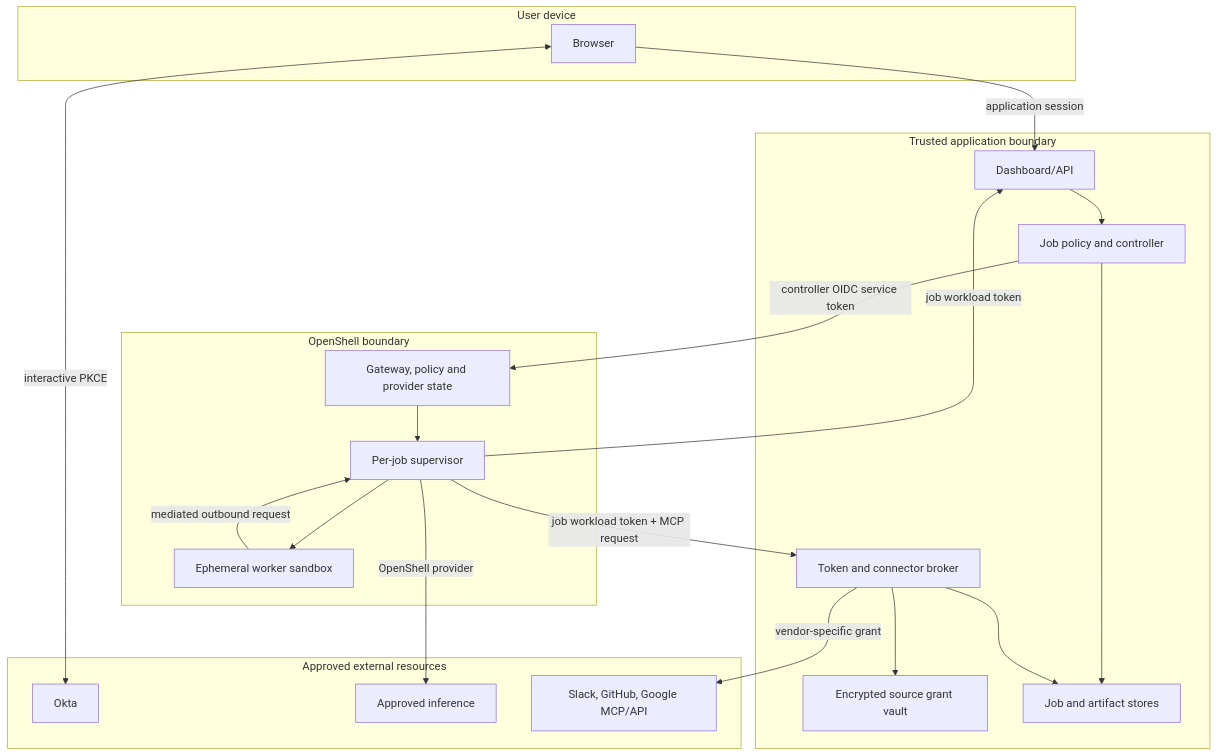
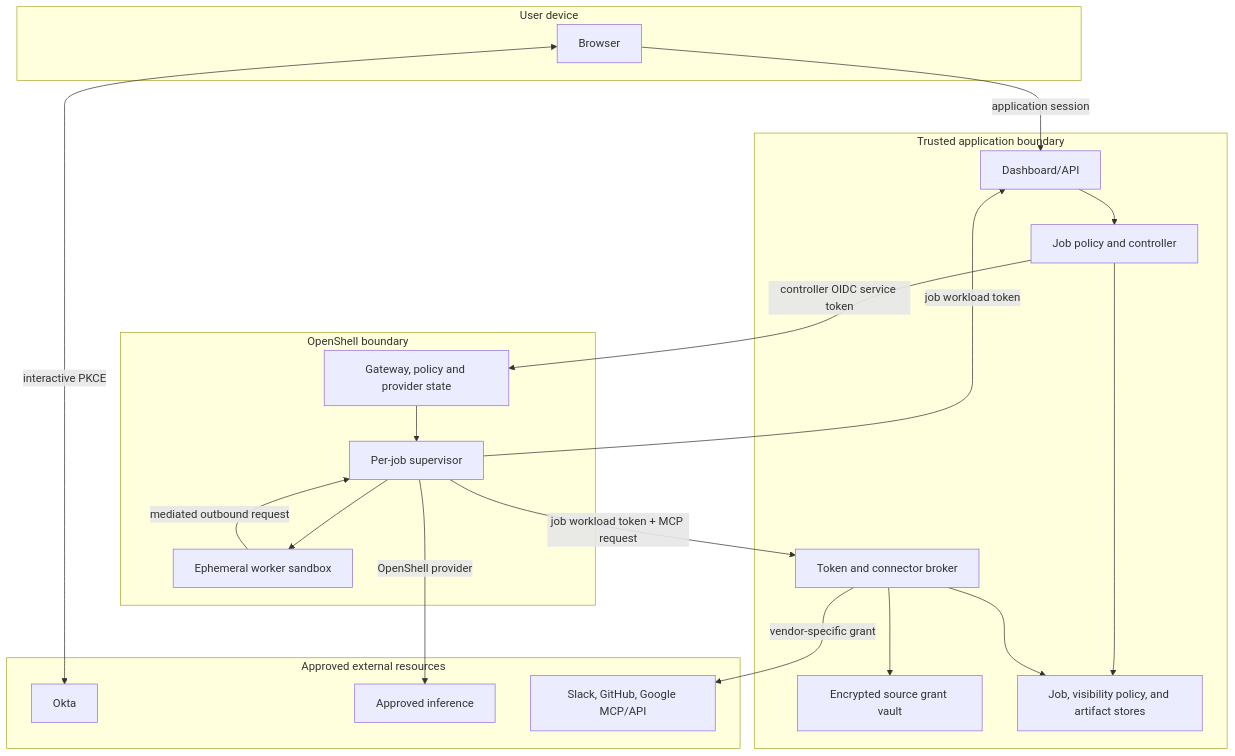
Before and after one commit to gvaibhav/openshell-deep-research-platform: the second of 11 diagrams in docs/architecture.md, drawn with Mermaid. The commit also changed other lines of this file and 41 other files, not shown here.

````diff
--- a/docs/architecture.md
+++ b/docs/architecture.md
@@ -70,38 +71,38 @@
 ```mermaid
 flowchart TB
     subgraph Z1["User device"]
         BR["Browser"]
     end
     subgraph Z2["Trusted application boundary"]
         UI["Dashboard/API"]
         JP["Job policy and controller"]
         TB["Token and connector broker"]
         VA["Encrypted source grant vault"]
-        DB["Job and artifact stores"]
+        DB["Job, visibility policy, and artifact stores"]
     end
     subgraph Z3["OpenShell boundary"]
         GW["Gateway, policy and provider state"]
         SP["Per-job supervisor"]
         SB["Ephemeral worker sandbox"]
     end
     subgraph Z4["Approved external resources"]
         IDP["Okta"]
         MODEL["Approved inference"]
         VENDOR["Slack, GitHub, Google MCP/API"]
     end
 
     BR <-->|"interactive PKCE"| IDP
     BR -->|"application session"| UI
     UI --> JP
     JP --> DB
     JP -->|"controller OIDC service token"| GW
     GW --> SP
     SP --> SB
     SB -->|"mediated outbound request"| SP
     SP -->|"job workload token"| UI
     SP -->|"job workload token + MCP request"| TB
     SP -->|"OpenShell provider"| MODEL
     TB --> VA
     TB -->|"vendor-specific grant"| VENDOR
     TB --> DB
 ```
````
